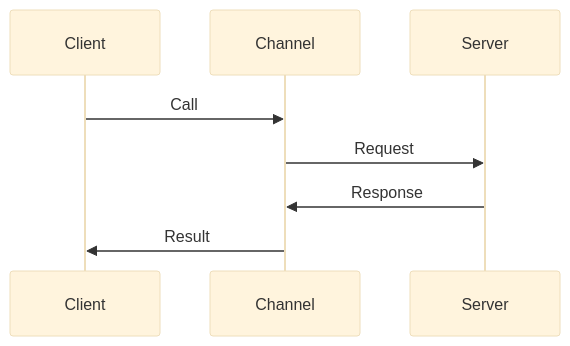
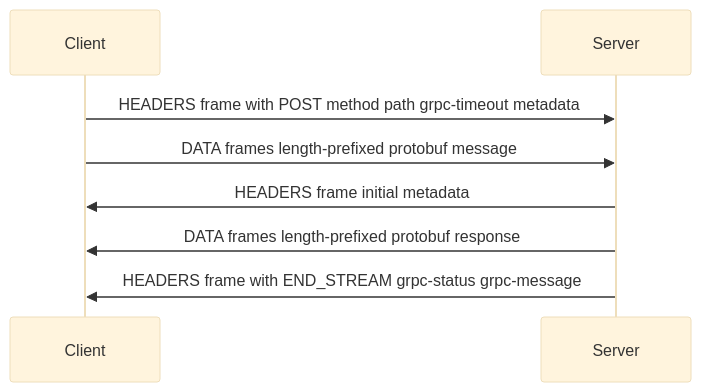
Before and after one commit to grafanaKibana/devbook.zip: the diagram in Vault/Software Engineering/04 Networks/Protocols/gRPC.md, drawn with Mermaid (base theme). The commit also changed other lines of this file and 33 other files, not shown here.

````diff
--- a/Vault/Software Engineering/04 Networks/Protocols/gRPC.md
+++ b/Vault/Software Engineering/04 Networks/Protocols/gRPC.md
@@ -26,11 +26,11 @@
 ```mermaid
 sequenceDiagram
   participant Client
-  participant Channel
   participant Server
 
-  Client->>Channel: Call
-  Channel->>Server: Request
-  Server->>Channel: Response
-  Channel->>Client: Result
+  Client->>Server: HEADERS frame with POST method path grpc-timeout metadata
+  Client->>Server: DATA frames length-prefixed protobuf message
+  Server->>Client: HEADERS frame initial metadata
+  Server->>Client: DATA frames length-prefixed protobuf response
+  Server->>Client: HEADERS frame with END_STREAM grpc-status grpc-message
 ```
````
